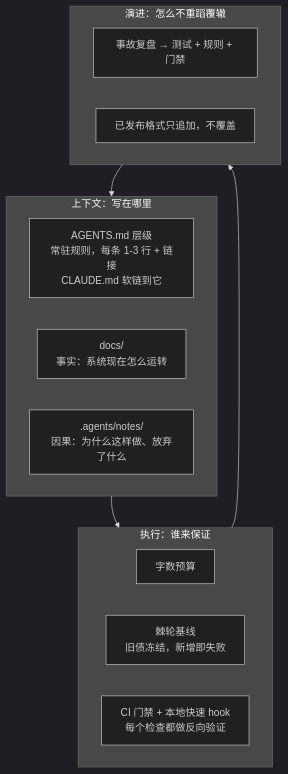
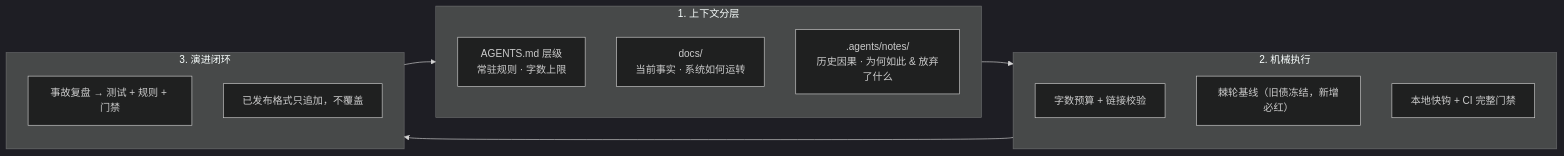
The diagram in README.md (hewenyu/dsh-osc), drawn with Mermaid (dark theme) before and after one commit. The commit also changed other lines of this file and 2 other files, not shown here.

````diff
--- a/README.md
+++ b/README.md
@@ -32,18 +118,21 @@
 ```mermaid
-flowchart TB
-  subgraph Context["上下文：写在哪里"]
-    AG["AGENTS.md 层级<br/>常驻规则，每条 1-3 行 + 链接<br/>CLAUDE.md 软链到它"]
-    DOCS["docs/<br/>事实：系统现在怎么运转"]
-    NOTES[".agents/notes/<br/>因果：为什么这样做、放弃了什么"]
+flowchart LR
+  subgraph C["1. 上下文分层"]
+    direction TB
+    A["AGENTS.md 层级<br/>常驻规则 · 字数上限"]
+    D["docs/<br/>当前事实 · 系统如何运转"]
+    N[".agents/notes/<br/>历史因果 · 为何如此 & 放弃了什么"]
   end
-  subgraph Enforce["执行：谁来保证"]
-    BUD["字数预算"]
-    RAT["棘轮基线<br/>旧债冻结，新增即失败"]
-    GATE["CI 门禁 + 本地快速 hook<br/>每个检查都做反向验证"]
+  subgraph E["2. 机械执行"]
+    direction TB
+    B["字数预算 + 链接校验"]
+    R["棘轮基线（旧债冻结，新增必红）"]
+    G["本地快钩 + CI 完整门禁"]
   end
-  subgraph Loop["演进：怎么不重蹈覆辙"]
-    PM["事故复盘 → 测试 + 规则 + 门禁"]
-    VER["已发布格式只追加，不覆盖"]
+  subgraph L["3. 演进闭环"]
+    direction TB
+    P["事故复盘 → 测试 + 规则 + 门禁"]
+    V["已发布格式只追加，不覆盖"]
   end
-  Context --> Enforce --> Loop --> Context
+  C --> E --> L --> C
 ```
````
